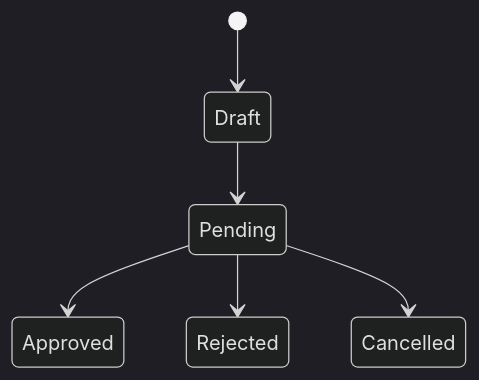
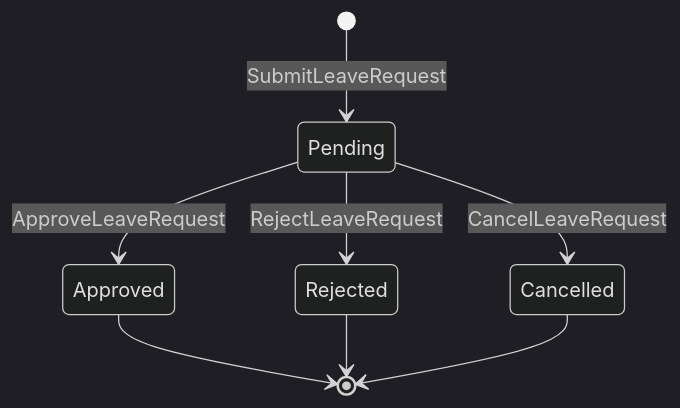
One commit to 369sup/worksync-hr changed the diagram in docs/02-domain/leave.md. Above: the diagram before and after it, drawn with Mermaid (dark theme). The commit also changed other lines of this file and 36 other files, not shown here.

````diff
--- a/docs/02-domain/leave.md
+++ b/docs/02-domain/leave.md
@@ -7,8 +7,10 @@
 ```mermaid
 stateDiagram-v2
-  [*] --> Draft
-  Draft --> Pending
-  Pending --> Approved
-  Pending --> Rejected
-  Pending --> Cancelled
+  [*] --> Pending: SubmitLeaveRequest
+  Pending --> Approved: ApproveLeaveRequest
+  Pending --> Rejected: RejectLeaveRequest
+  Pending --> Cancelled: CancelLeaveRequest
+  Approved --> [*]
+  Rejected --> [*]
+  Cancelled --> [*]
 ```
````
